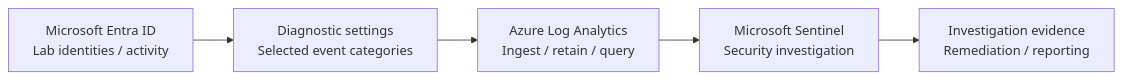
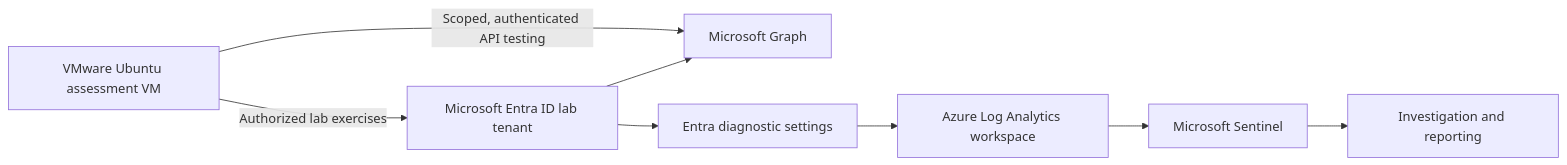
One commit to macgeek39/Identity-recon-security-lab changed the diagram in README.md. Above: the diagram before and after it, drawn with Mermaid. The commit also changed other lines of this file and 2 other files, not shown here.

````diff
--- a/README.md
+++ b/README.md
@@ -15,7 +19,10 @@
 ```mermaid
 flowchart LR
-    E[Microsoft Entra ID<br/>Lab identities / activity] --> D[Diagnostic settings<br/>Selected event categories]
-    D --> L[Azure Log Analytics<br/>Ingest / retain / query]
-    L --> S[Microsoft Sentinel<br/>Security investigation]
-    S --> R[Investigation evidence<br/>Remediation / reporting]
+    V[VMware Ubuntu assessment VM] -->|Authorized lab exercises| E[Microsoft Entra ID lab tenant]
+    V -->|Scoped, authenticated API testing| G[Microsoft Graph]
+    E --> G
+    E --> D[Entra diagnostic settings]
+    D --> L[Azure Log Analytics workspace]
+    L --> S[Microsoft Sentinel]
+    S --> R[Investigation and reporting]
 ```
````
